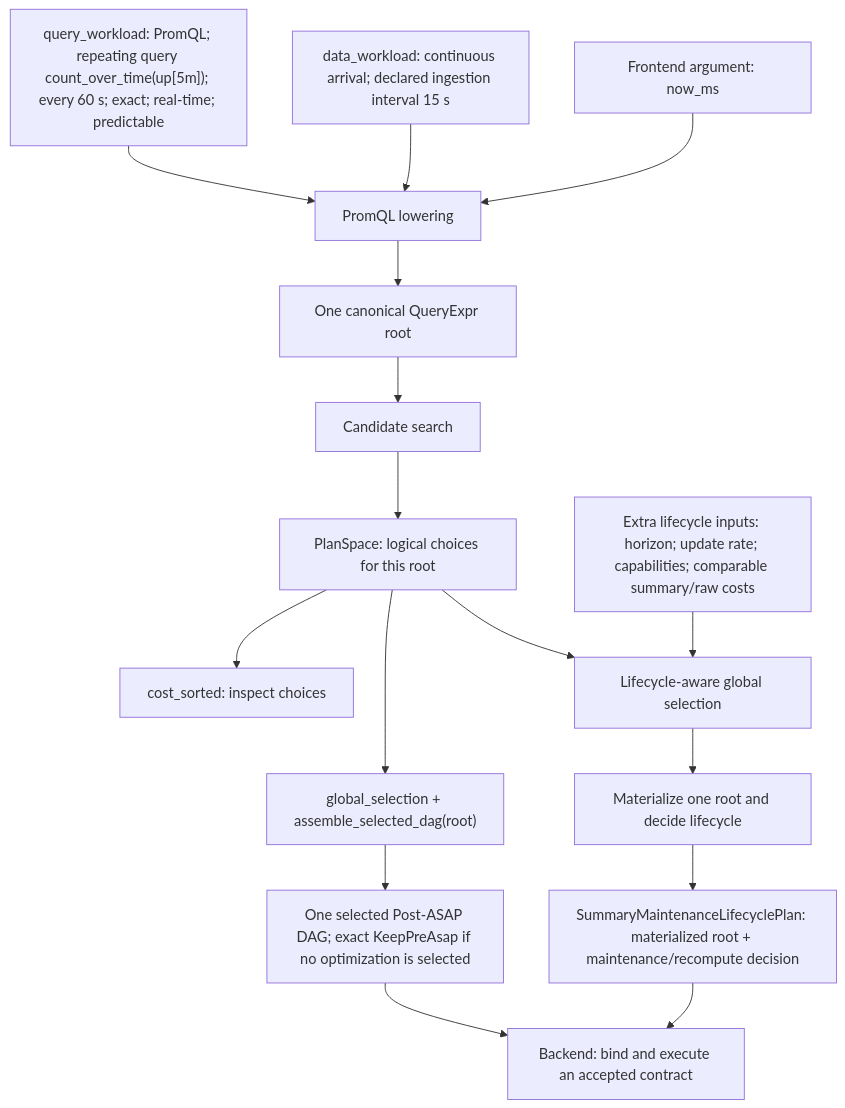
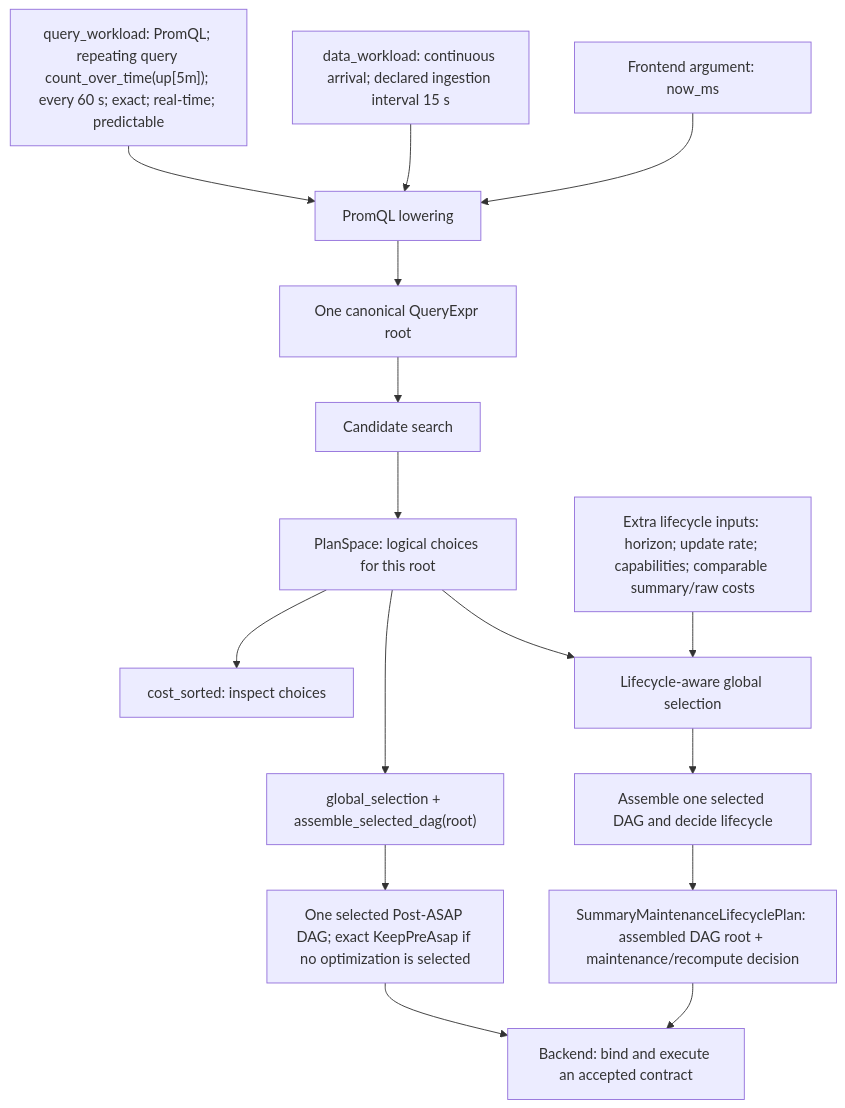
The first of 2 diagrams in docs/design_docs/architecture/input-output-workflow.md (ProjectASAP/ASAPPlanner), drawn with Mermaid before and after one commit. The commit also changed other lines of this file, not shown here.

Commit message:
docs: align workflow terminology with DAG assembly APIs

````diff
--- a/docs/design_docs/architecture/input-output-workflow.md
+++ b/docs/design_docs/architecture/input-output-workflow.md
@@ -77,26 +77,26 @@
 ```mermaid
 flowchart TD
     Q["query_workload: PromQL; repeating query count_over_time(up[5m]); every 60 s; exact; real-time; predictable"]
     D["data_workload: continuous arrival; declared ingestion interval 15 s"]
     T["Frontend argument: now_ms"]
     F["PromQL lowering"]
     R["One canonical QueryExpr root"]
     S["Candidate search"]
     P["PlanSpace: logical choices for this root"]
     I["cost_sorted: inspect choices"]
     G["global_selection + assemble_selected_dag(root)"]
     L["One selected Post-ASAP DAG; exact KeepPreAsap if no optimization is selected"]
     X["Extra lifecycle inputs: horizon; update rate; capabilities; comparable summary/raw costs"]
     H["Lifecycle-aware global selection"]
-    HM["Materialize one root and decide lifecycle"]
-    O["SummaryMaintenanceLifecyclePlan: materialized root + maintenance/recompute decision"]
+    HM["Assemble one selected DAG and decide lifecycle"]
+    O["SummaryMaintenanceLifecyclePlan: assembled DAG root + maintenance/recompute decision"]
     B["Backend: bind and execute an accepted contract"]
     Q --> F
     D --> F
     T --> F
     F --> R --> S --> P
     P --> I
     P --> G --> L --> B
     P --> H
     X --> H --> HM --> O --> B
 ```
````
